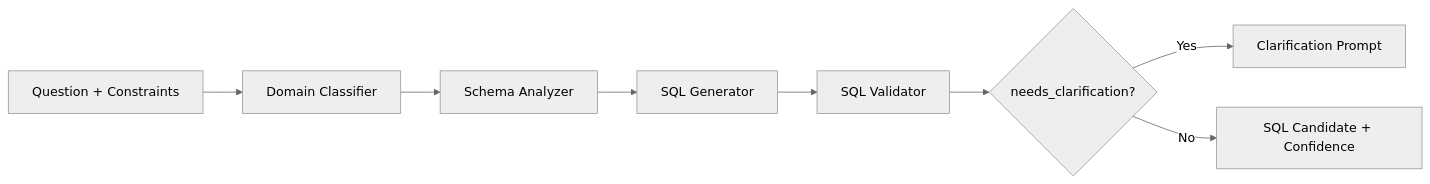
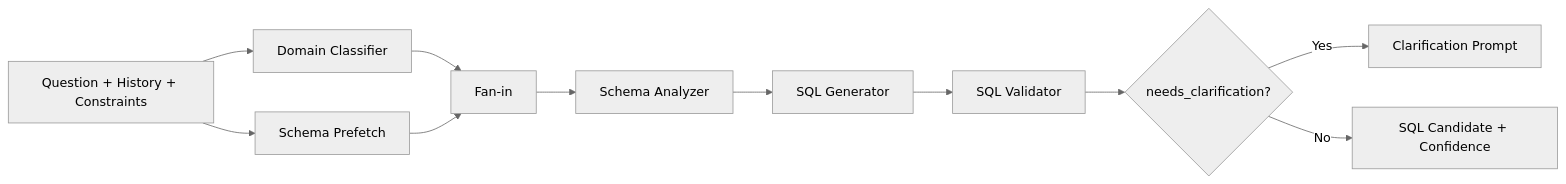
The third of 4 diagrams in docs/MESSAGE_FLOW.md (shishir28/nlp-to-sql), drawn with Mermaid (neutral theme) before and after one commit. The commit also changed other lines of this file and 27 other files, not shown here.

Commit message:
Add conversation memory, parallel agents, real schema introspection, result summarization, SSE streaming, and 5 new property domains

````diff
--- a/docs/MESSAGE_FLOW.md
+++ b/docs/MESSAGE_FLOW.md
@@ -70,10 +75,13 @@
 ```mermaid
 flowchart LR
-    Q[Question + Constraints] --> DC[Domain Classifier]
-    DC --> SA[Schema Analyzer]
+    Q[Question + History + Constraints] --> DC[Domain Classifier]
+    Q --> SP[Schema Prefetch]
+    DC --> FI[Fan-in]
+    SP --> FI
+    FI --> SA[Schema Analyzer]
     SA --> SG[SQL Generator]
     SG --> SV[SQL Validator]
     SV --> R{needs_clarification?}
     R -->|Yes| CL[Clarification Prompt]
     R -->|No| OUT[SQL Candidate + Confidence]
 ```
````
